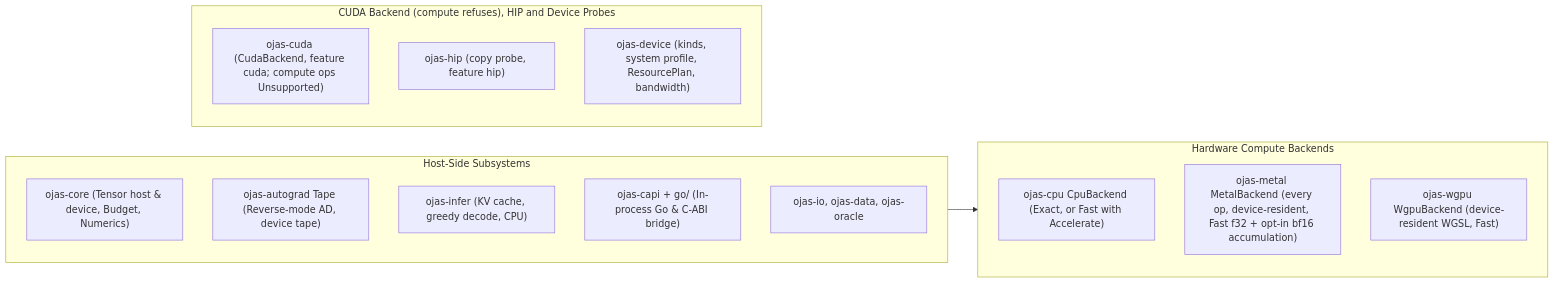
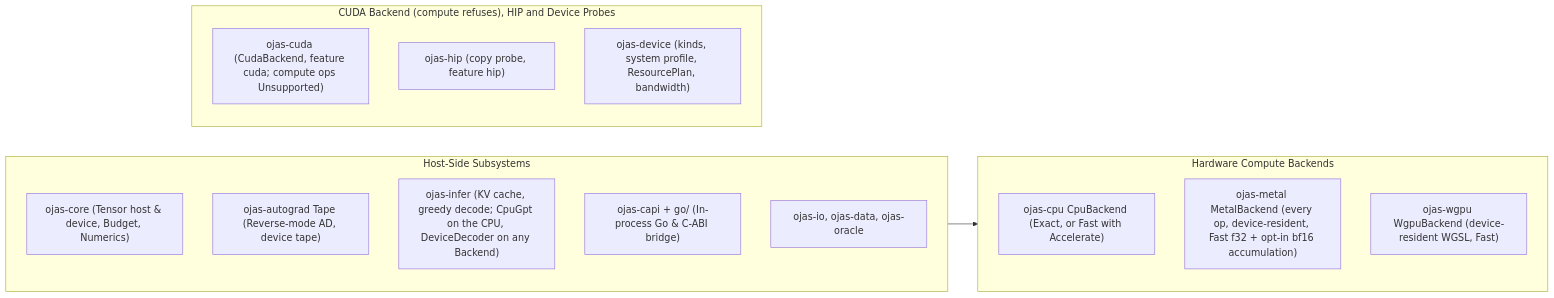
One commit to bharathvbcr/ojas changed the first of 2 diagrams in docs/status.md. Above: the diagram before and after it, drawn with Mermaid. The commit also changed other lines of this file and 19 other files, not shown here.

````diff
--- a/docs/status.md
+++ b/docs/status.md
@@ -149,27 +149,27 @@
 ```mermaid
 flowchart LR
     subgraph Backends["Hardware Compute Backends"]
         direction TB
         b1["ojas-cpu CpuBackend (Exact, or Fast with Accelerate)"]
         b2["ojas-metal MetalBackend (every op, device-resident, Fast f32 + opt-in bf16 accumulation)"]
         b3["ojas-wgpu WgpuBackend (device-resident WGSL, Fast)"]
     end
 
     subgraph Host["Host-Side Subsystems"]
         direction TB
         h1["ojas-core (Tensor host & device, Budget, Numerics)"]
         h2["ojas-autograd Tape (Reverse-mode AD, device tape)"]
-        h3["ojas-infer (KV cache, greedy decode, CPU)"]
+        h3["ojas-infer (KV cache, greedy decode; CpuGpt on the CPU, DeviceDecoder on any Backend)"]
         h4["ojas-capi + go/ (In-process Go & C-ABI bridge)"]
         h5["ojas-io, ojas-data, ojas-oracle"]
     end
 
     subgraph Probes["CUDA Backend (compute refuses), HIP and Device Probes"]
         direction TB
         p1["ojas-cuda (CudaBackend, feature cuda; compute ops Unsupported)"]
         p2["ojas-hip (copy probe, feature hip)"]
         p3["ojas-device (kinds, system profile, ResourcePlan, bandwidth)"]
     end
 
     Host --> Backends
 ```
````
